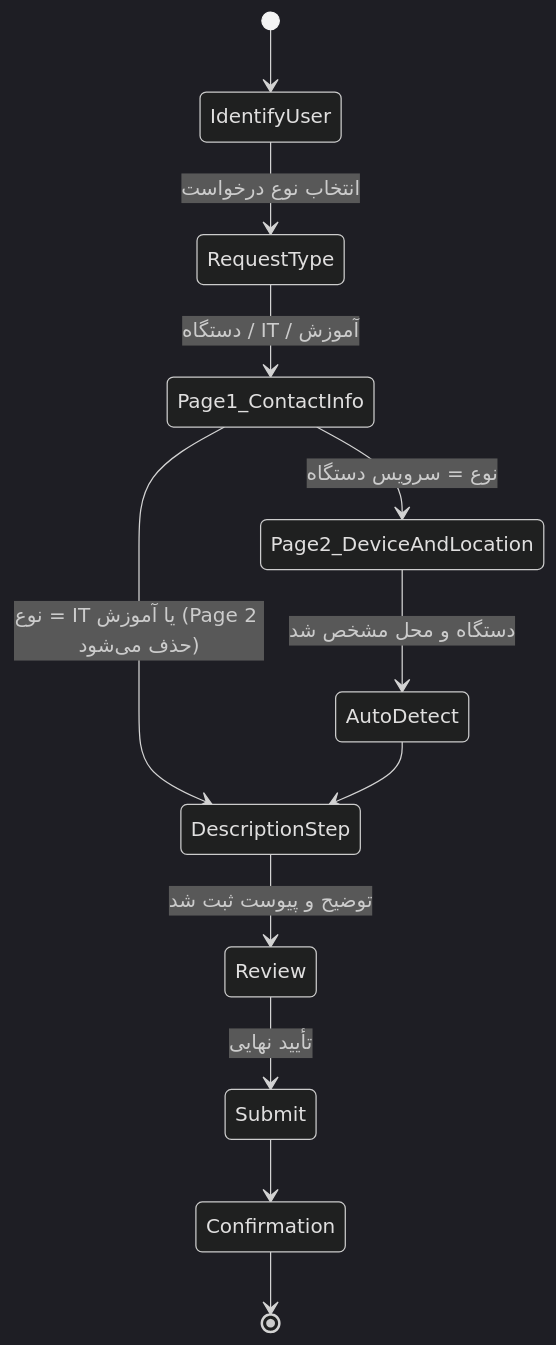
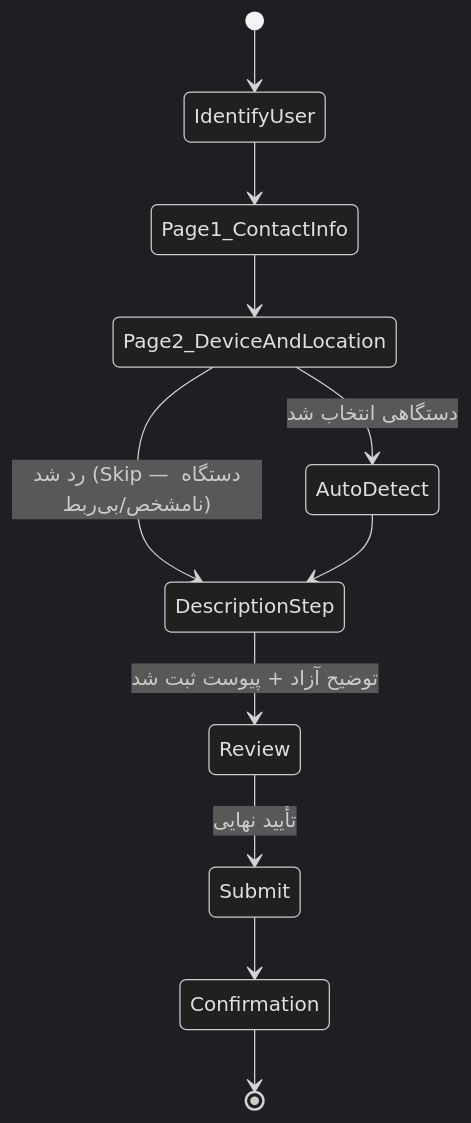
Before and after one commit to iMMSHJ/my-odoo: the first of 2 diagrams in docs/12-technical-design/DOC-038-pps-ticket-wizard-technical-design.md, drawn with Mermaid (dark theme). The commit also changed other lines of this file and 3 other files, not shown here.

````diff
--- a/docs/12-technical-design/DOC-038-pps-ticket-wizard-technical-design.md
+++ b/docs/12-technical-design/DOC-038-pps-ticket-wizard-technical-design.md
@@ -45,18 +45,16 @@
 ```mermaid
 stateDiagram-v2
     [*] --> IdentifyUser
-    IdentifyUser --> RequestType: انتخاب نوع درخواست
+    IdentifyUser --> Page1_ContactInfo
 
-    RequestType --> Page1_ContactInfo: دستگاه / IT / آموزش
+    Page1_ContactInfo --> Page2_DeviceAndLocation
 
-    Page1_ContactInfo --> Page2_DeviceAndLocation: نوع = سرویس دستگاه
-    Page1_ContactInfo --> DescriptionStep: نوع = IT یا آموزش (Page 2 حذف می‌شود)
-
-    Page2_DeviceAndLocation --> AutoDetect: دستگاه و محل مشخص شد
+    Page2_DeviceAndLocation --> AutoDetect: دستگاهی انتخاب شد
+    Page2_DeviceAndLocation --> DescriptionStep: رد شد (Skip — دستگاه نامشخص/بی‌ربط)
     AutoDetect --> DescriptionStep
 
-    DescriptionStep --> Review: توضیح و پیوست ثبت شد
+    DescriptionStep --> Review: توضیح آزاد + پیوست ثبت شد
     Review --> Submit: تأیید نهایی
     Submit --> Confirmation
     Confirmation --> [*]
 ```
````
